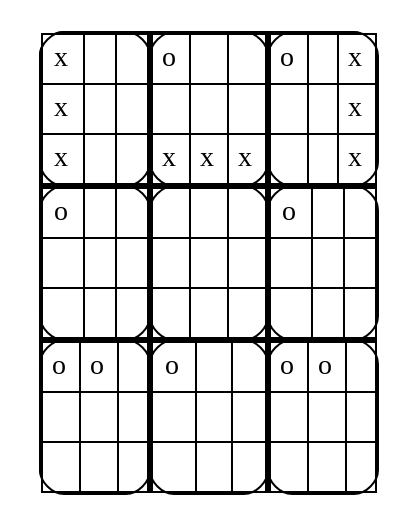
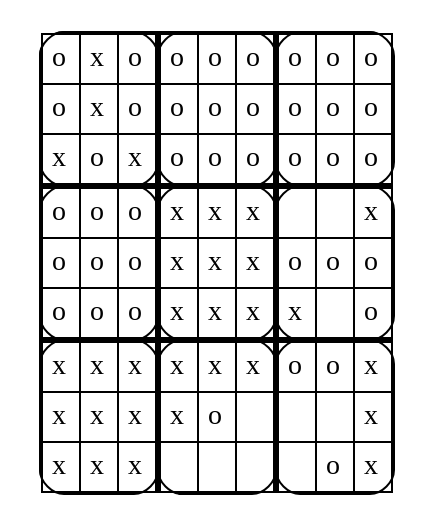
One commit to JetMagpie/FilRouge_Super_Morpion changed the diagram in output.dot. Above: the diagram before and after it, drawn with Graphviz. The commit also changed 4 other files, not shown here.

```diff
--- a/output.dot
+++ b/output.dot
@@ -1,175 +1,175 @@
 digraph super_morpion {
   node [shape=none];
   a0 [label=<
   <TABLE border="0" cellspacing="0" cellpadding="0" style="rounded" bgcolor="black">
     <TR>
       <TD><TABLE border="1" cellspacing="0" cellpadding="4" style="rounded" bgcolor="white">
   <TR>
+<TD bgcolor="white">o</TD>
 <TD bgcolor="white">x</TD>
-<TD bgcolor="white"> </TD>
-<TD bgcolor="white"> </TD>
+<TD bgcolor="white">o</TD>
+  </TR>
+  <TR>
+<TD bgcolor="white">o</TD>
+<TD bgcolor="white">x</TD>
+<TD bgcolor="white">o</TD>
   </TR>
   <TR>
 <TD bgcolor="white">x</TD>
-<TD bgcolor="white"> </TD>
-<TD bgcolor="white"> </TD>
-  </TR>
-  <TR>
+<TD bgcolor="white">o</TD>
 <TD bgcolor="white">x</TD>
-<TD bgcolor="white"> </TD>
-<TD bgcolor="white"> </TD>
   </TR>
 </TABLE>
 </TD>
       <TD><TABLE border="1" cellspacing="0" cellpadding="4" style="rounded" bgcolor="white">
   <TR>
 <TD bgcolor="white">o</TD>
-<TD bgcolor="white"> </TD>
-<TD bgcolor="white"> </TD>
+<TD bgcolor="white">o</TD>
+<TD bgcolor="white">o</TD>
   </TR>
   <TR>
-<TD bgcolor="white"> </TD>
-<TD bgcolor="white"> </TD>
-<TD bgcolor="white"> </TD>
+<TD bgcolor="white">o</TD>
+<TD bgcolor="white">o</TD>
+<TD bgcolor="white">o</TD>
+  </TR>
+  <TR>
+<TD bgcolor="white">o</TD>
+<TD bgcolor="white">o</TD>
+<TD bgcolor="white">o</TD>
+  </TR>
+</TABLE>
+</TD>
+      <TD><TABLE border="1" cellspacing="0" cellpadding="4" style="rounded" bgcolor="white">
+  <TR>
+<TD bgcolor="white">o</TD>
+<TD bgcolor="white">o</TD>
+<TD bgcolor="white">o</TD>
+  </TR>
+  <TR>
+<TD bgcolor="white">o</TD>
+<TD bgcolor="white">o</TD>
+<TD bgcolor="white">o</TD>
+  </TR>
+  <TR>
+<TD bgcolor="white">o</TD>
+<TD bgcolor="white">o</TD>
+<TD bgcolor="white">o</TD>
+  </TR>
+</TABLE>
+</TD>
+    </TR>
+    <TR>
+      <TD><TABLE border="1" cellspacing="0" cellpadding="4" style="rounded" bgcolor="white">
+  <TR>
+<TD bgcolor="white">o</TD>
+<TD bgcolor="white">o</TD>
+<TD bgcolor="white">o</TD>
+  </TR>
+  <TR>
+<TD bgcolor="white">o</TD>
+<TD bgcolor="white">o</TD>
+<TD bgcolor="white">o</TD>
+  </TR>
+  <TR>
+<TD bgcolor="white">o</TD>
+<TD bgcolor="white">o</TD>
+<TD bgcolor="white">o</TD>
+  </TR>
+</TABLE>
+</TD>
+      <TD><TABLE border="1" cellspacing="0" cellpadding="4" style="rounded" bgcolor="white">
+  <TR>
+<TD bgcolor="white">x</TD>
+<TD bgcolor="white">x</TD>
+<TD bgcolor="white">x</TD>
+  </TR>
+  <TR>
+<TD bgcolor="white">x</TD>
+<TD bgcolor="white">x</TD>
+<TD bgcolor="white">x</TD>
   </TR>
   <TR>
 <TD bgcolor="white">x</TD>
 <TD bgcolor="white">x</TD>
 <TD bgcolor="white">x</TD>
   </TR>
 </TABLE>
 </TD>
       <TD><TABLE border="1" cellspacing="0" cellpadding="4" style="rounded" bgcolor="white">
   <TR>
-<TD bgcolor="white">o</TD>
-<TD bgcolor="white"> </TD>
-<TD bgcolor="white">x</TD>
-  </TR>
-  <TR>
 <TD bgcolor="white"> </TD>
 <TD bgcolor="white"> </TD>
 <TD bgcolor="white">x</TD>
   </TR>
   <TR>
+<TD bgcolor="white">o</TD>
+<TD bgcolor="white">o</TD>
+<TD bgcolor="white">o</TD>
+  </TR>
+  <TR>
+<TD bgcolor="white">x</TD>
 <TD bgcolor="white"> </TD>
-<TD bgcolor="white"> </TD>
-<TD bgcolor="white">x</TD>
+<TD bgcolor="white">o</TD>
   </TR>
 </TABLE>
 </TD>
     </TR>
     <TR>
       <TD><TABLE border="1" cellspacing="0" cellpadding="4" style="rounded" bgcolor="white">
   <TR>
-<TD bgcolor="white">o</TD>
-<TD bgcolor="white"> </TD>
-<TD bgcolor="white"> </TD>
+<TD bgcolor="white">x</TD>
+<TD bgcolor="white">x</TD>
+<TD bgcolor="white">x</TD>
   </TR>
   <TR>
-<TD bgcolor="white"> </TD>
-<TD bgcolor="white"> </TD>
-<TD bgcolor="white"> </TD>
+<TD bgcolor="white">x</TD>
+<TD bgcolor="white">x</TD>
+<TD bgcolor="white">x</TD>
   </TR>
   <TR>
-<TD bgcolor="white"> </TD>
-<TD bgcolor="white"> </TD>
-<TD bgcolor="white"> </TD>
+<TD bgcolor="white">x</TD>
+<TD bgcolor="white">x</TD>
+<TD bgcolor="white">x</TD>
   </TR>
 </TABLE>
 </TD>
       <TD><TABLE border="1" cellspacing="0" cellpadding="4" style="rounded" bgcolor="white">
   <TR>
-<TD bgcolor="white"> </TD>
-<TD bgcolor="white"> </TD>
-<TD bgcolor="white"> </TD>
+<TD bgcolor="white">x</TD>
+<TD bgcolor="white">x</TD>
+<TD bgcolor="white">x</TD>
   </TR>
   <TR>
-<TD bgcolor="white"> </TD>
-<TD bgcolor="white"> </TD>
-<TD bgcolor="white"> </TD>
-  </TR>
-  <TR>
-<TD bgcolor="white"> </TD>
-<TD bgcolor="white"> </TD>
-<TD bgcolor="white"> </TD>
-  </TR>
-</TABLE>
-</TD>
-      <TD><TABLE border="1" cellspacing="0" cellpadding="4" style="rounded" bgcolor="white">
-  <TR>
+<TD bgcolor="white">x</TD>
 <TD bgcolor="white">o</TD>
-<TD bgcolor="white"> </TD>
-<TD bgcolor="white"> </TD>
-  </TR>
-  <TR>
-<TD bgcolor="white"> </TD>
-<TD bgcolor="white"> </TD>
-<TD bgcolor="white"> </TD>
-  </TR>
-  <TR>
-<TD bgcolor="white"> </TD>
-<TD bgcolor="white"> </TD>
-<TD bgcolor="white"> </TD>
-  </TR>
-</TABLE>
-</TD>
-    </TR>
-    <TR>
-      <TD><TABLE border="1" cellspacing="0" cellpadding="4" style="rounded" bgcolor="white">
-  <TR>
-<TD bgcolor="white">o</TD>
-<TD bgcolor="white">o</TD>
-<TD bgcolor="white"> </TD>
-  </TR>
-  <TR>
-<TD bgcolor="white"> </TD>
-<TD bgcolor="white"> </TD>
-<TD bgcolor="white"> </TD>
-  </TR>
-  <TR>
-<TD bgcolor="white"> </TD>
-<TD bgcolor="white"> </TD>
-<TD bgcolor="white"> </TD>
-  </TR>
-</TABLE>
-</TD>
-      <TD><TABLE border="1" cellspacing="0" cellpadding="4" style="rounded" bgcolor="white">
-  <TR>
-<TD bgcolor="white">o</TD>
-<TD bgcolor="white"> </TD>
-<TD bgcolor="white"> </TD>
-  </TR>
-  <TR>
-<TD bgcolor="white"> </TD>
-<TD bgcolor="white"> </TD>
 <TD bgcolor="white"> </TD>
   </TR>
   <TR>
 <TD bgcolor="white"> </TD>
 <TD bgcolor="white"> </TD>
 <TD bgcolor="white"> </TD>
   </TR>
 </TABLE>
 </TD>
       <TD><TABLE border="1" cellspacing="0" cellpadding="4" style="rounded" bgcolor="white">
   <TR>
 <TD bgcolor="white">o</TD>
 <TD bgcolor="white">o</TD>
-<TD bgcolor="white"> </TD>
+<TD bgcolor="white">x</TD>
   </TR>
   <TR>
 <TD bgcolor="white"> </TD>
 <TD bgcolor="white"> </TD>
-<TD bgcolor="white"> </TD>
+<TD bgcolor="white">x</TD>
   </TR>
   <TR>
 <TD bgcolor="white"> </TD>
-<TD bgcolor="white"> </TD>
-<TD bgcolor="white"> </TD>
+<TD bgcolor="white">o</TD>
+<TD bgcolor="white">x</TD>
   </TR>
 </TABLE>
 </TD>
     </TR>
   </TABLE>
   >];
 }
```
